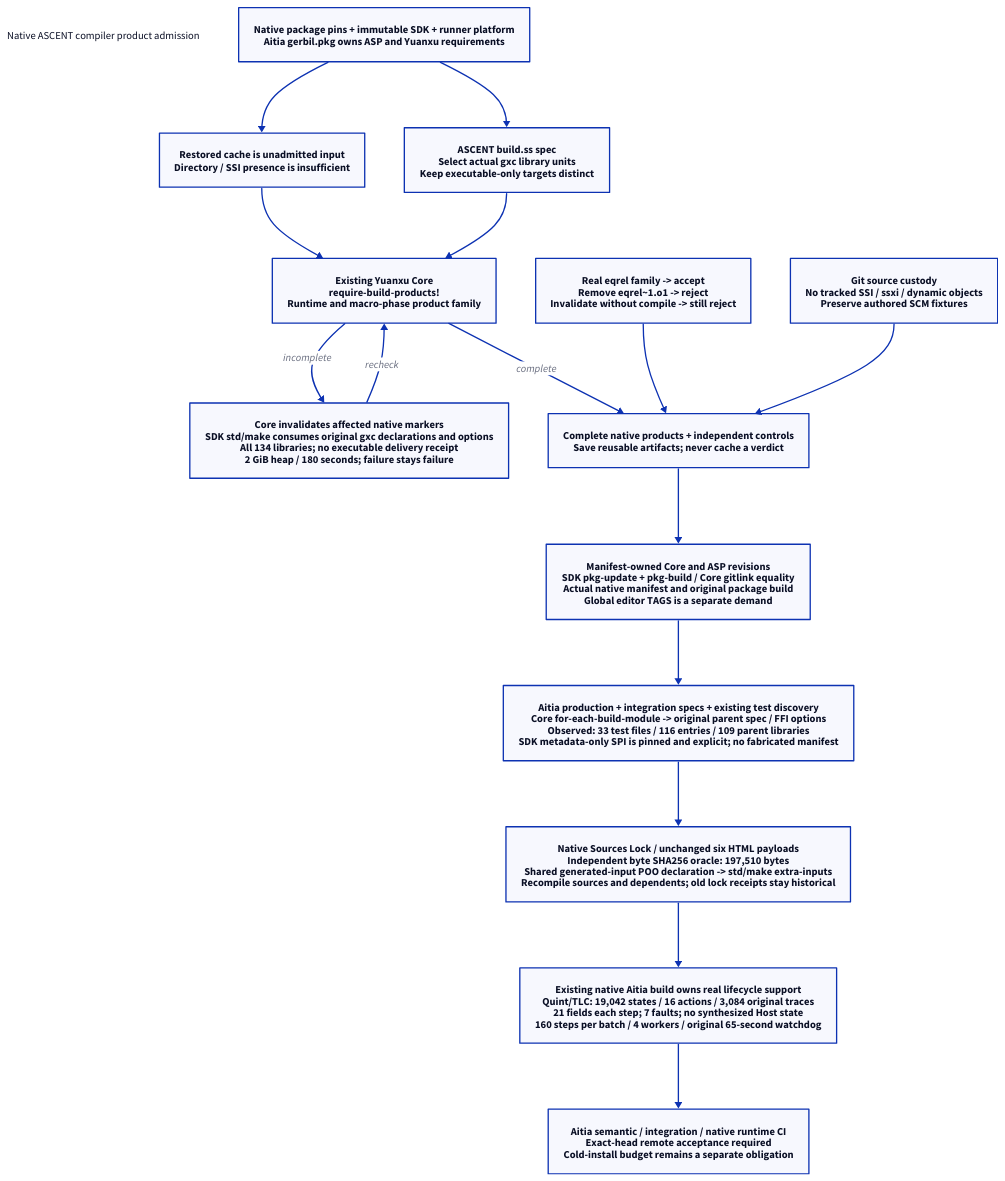
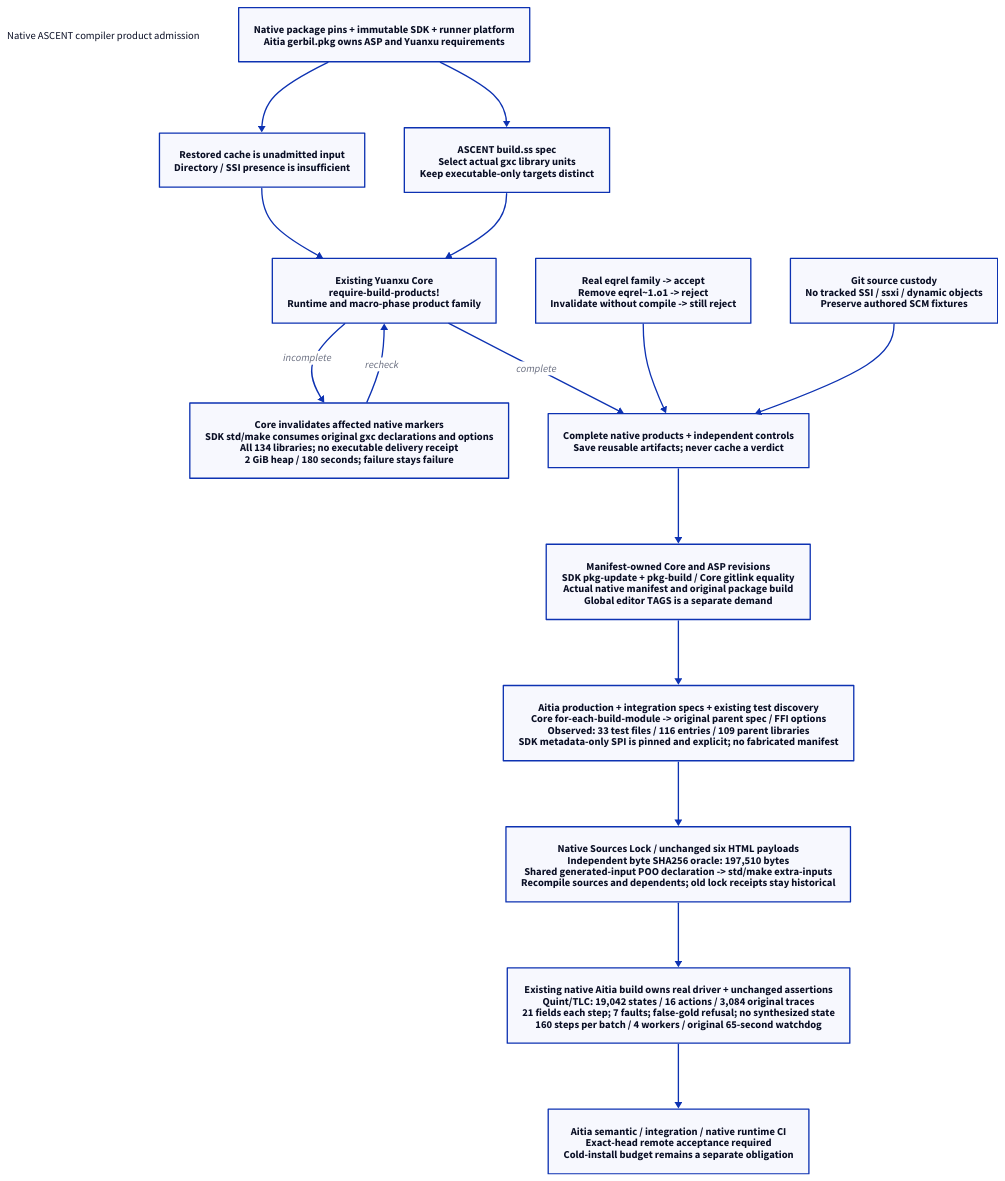
The diagram in docs/90-99-views/90-architecture-views/90.114-native-ascent-compiler-product-admission.d2 (hardenedlinux/deterministic-engineering), drawn with D2 before and after one commit. The commit also changed 3 other files, not shown here.

Commit message:
Bind native correspondence assertions and preserve false-gold control

```diff
--- a/docs/90-99-views/90-architecture-views/90.114-native-ascent-compiler-product-admission.d2
+++ b/docs/90-99-views/90-architecture-views/90.114-native-ascent-compiler-product-admission.d2
@@ -1,31 +1,31 @@
 # org-target: docs/10-19-design/10-architecture/10.125-native-ascent-compiler-product-admission.org::#native125-scope
 # render-layout: elk; theme: 0; pad: 24
 direction: down
 title: "Native ASCENT compiler product admission" {shape: text}
 inputs: "Native package pins + immutable SDK + runner platform\nAitia gerbil.pkg owns ASP and Yuanxu requirements"
 cache: "Restored cache is unadmitted input\nDirectory / SSI presence is insufficient"
 spec: "ASCENT build.ss spec\nSelect actual gxc library units\nKeep executable-only targets distinct"
 core: "Existing Yuanxu Core\nrequire-build-products!\nRuntime and macro-phase product family"
 repair: "Core invalidates affected native markers\nSDK std/make consumes original gxc declarations and options\nAll 134 libraries; no executable delivery receipt\n2 GiB heap / 180 seconds; failure stays failure"
 negative: "Real eqrel family -> accept\nRemove eqrel~1.o1 -> reject\nInvalidate without compile -> still reject"
 source: "Git source custody\nNo tracked SSI / ssxi / dynamic objects\nPreserve authored SCM fixtures"
 admit: "Complete native products + independent controls\nSave reusable artifacts; never cache a verdict"
 asp: "Manifest-owned Core and ASP revisions\nSDK pkg-update + pkg-build / Core gitlink equality\nActual native manifest and original package build\nGlobal editor TAGS is a separate demand"
 parent: "Aitia production + integration specs + existing test discovery\nCore for-each-build-module -> original parent spec / FFI options\nObserved: 33 test files / 116 entries / 109 parent libraries\nSDK metadata-only SPI is pinned and explicit; no fabricated manifest"
 lock: "Native Sources Lock / unchanged six HTML payloads\nIndependent byte SHA256 oracle: 197,510 bytes\nShared generated-input POO declaration -> std/make extra-inputs\nRecompile sources and dependents; old lock receipts stay historical"
-lifecycle: "Existing native Aitia build owns real lifecycle support\nQuint/TLC: 19,042 states / 16 actions / 3,084 original traces\n21 fields each step; 7 faults; no synthesized Host state\n160 steps per batch / 4 workers / original 65-second watchdog"
+lifecycle: "Existing native Aitia build owns real driver + unchanged assertions\nQuint/TLC: 19,042 states / 16 actions / 3,084 original traces\n21 fields each step; 7 faults; false-gold refusal; no synthesized state\n160 steps per batch / 4 workers / original 65-second watchdog"
 consumer: "Aitia semantic / integration / native runtime CI\nExact-head remote acceptance required\nCold-install budget remains a separate obligation"
 inputs -> cache
 inputs -> spec
 cache -> core
 spec -> core
 core -> repair: "incomplete"
 repair -> core: "recheck"
 core -> admit: "complete"
 negative -> admit
 source -> admit
 admit -> asp
 asp -> parent
 parent -> lock
 lock -> lifecycle
 lifecycle -> consumer
```
